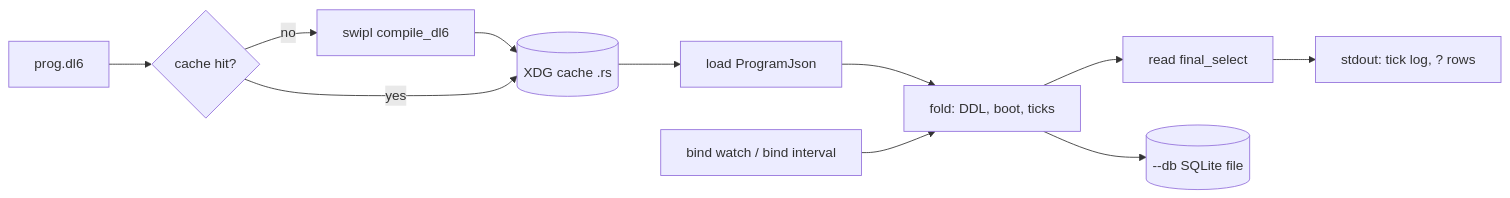
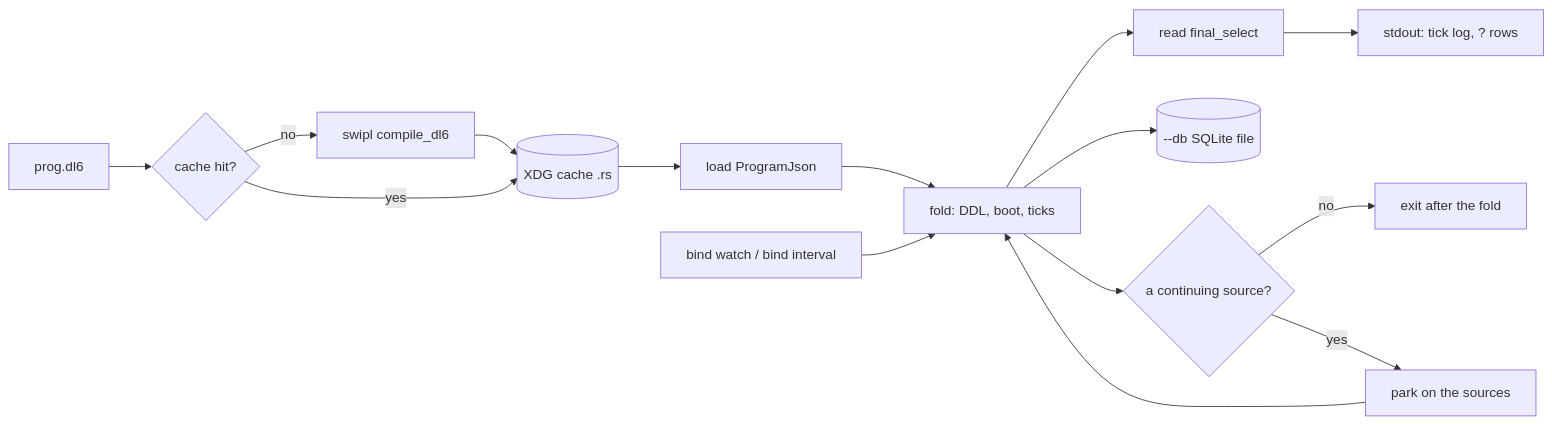
One commit to hafley66/sprefa changed the diagram in docs/dl6-run.md. Above: the diagram before and after it, drawn with Mermaid. The commit also changed other lines of this file and 9 other files, not shown here.

````diff
--- a/docs/dl6-run.md
+++ b/docs/dl6-run.md
@@ -25,13 +26,17 @@
 ```mermaid
 flowchart LR
   src[prog.dl6] --> cache{cache hit?}
   cache -- no --> swipl[swipl compile_dl6]
   swipl --> cached[(XDG cache .rs)]
   cache -- yes --> cached
   cached --> load[load ProgramJson]
   load --> fold[fold: DDL, boot, ticks]
   fold --> finals[read final_select]
   finals --> out[stdout: tick log, ? rows]
   fold --> db[(--db SQLite file)]
   binds[bind watch / bind interval] --> fold
+  fold --> stay{a continuing source?}
+  stay -- no --> exit[exit after the fold]
+  stay -- yes --> park[park on the sources]
+  park --> fold
 ```
````
